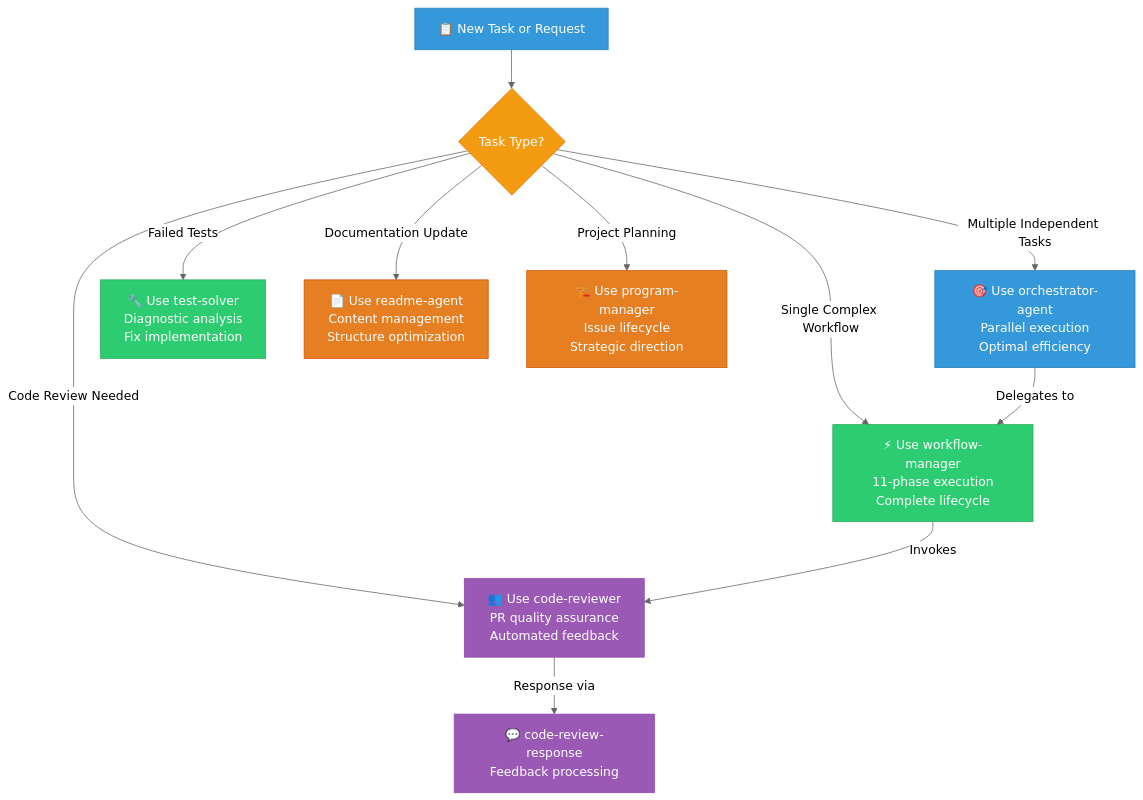
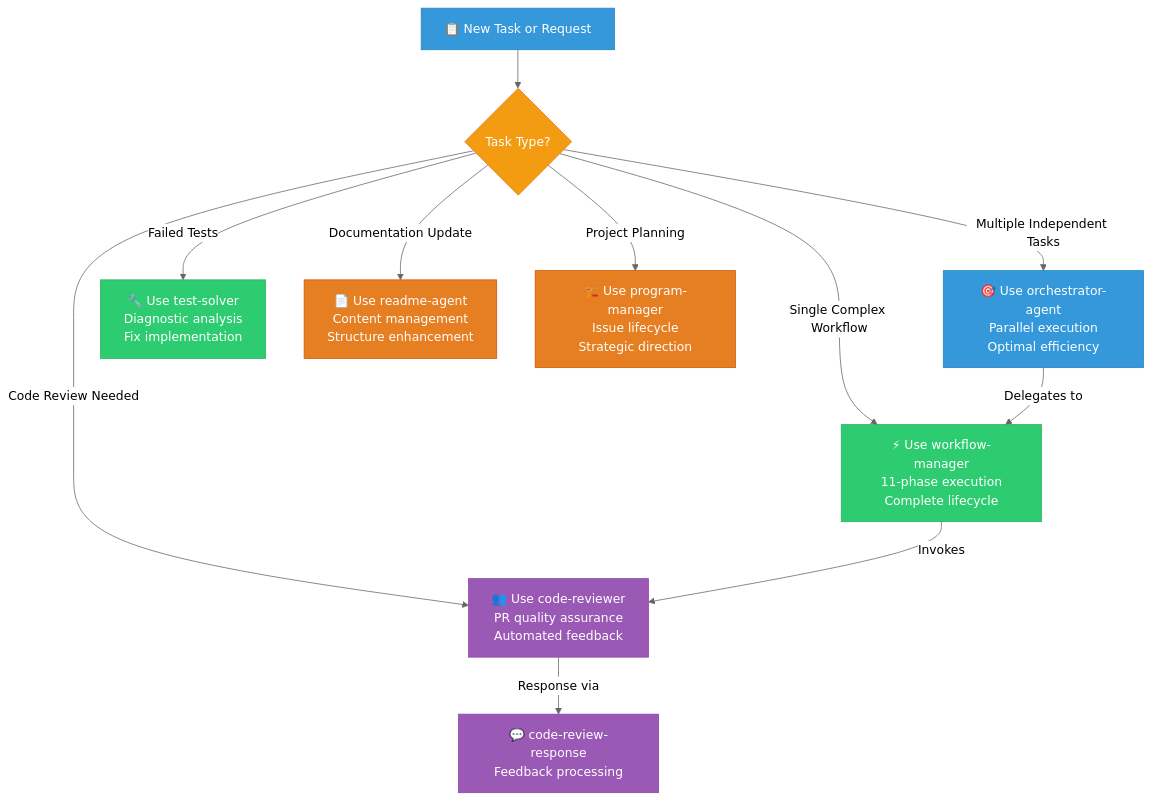
One commit to rysweet/gadugi changed the third of 3 diagrams in README.md. Above: the diagram before and after it, drawn with Mermaid (neutral theme). The commit also changed other lines of this file, not shown here.

````diff
--- a/README.md
+++ b/README.md
@@ -485,36 +485,36 @@
 ```mermaid
 flowchart TD
     Task[📋 New Task or Request] --> TaskType{Task Type?}
 
     TaskType -->|Multiple Independent Tasks| Orchestrator[🎯 Use orchestrator-agent<br/>Parallel execution<br/>Optimal efficiency]
 
     TaskType -->|Single Complex Workflow| WorkflowMgr[⚡ Use workflow-manager<br/>11-phase execution<br/>Complete lifecycle]
 
     TaskType -->|Code Review Needed| CodeReview[👥 Use code-reviewer<br/>PR quality assurance<br/>Automated feedback]
 
     TaskType -->|Failed Tests| TestSolver[🔧 Use test-solver<br/>Diagnostic analysis<br/>Fix implementation]
 
-    TaskType -->|Documentation Update| ReadmeAgent[📄 Use readme-agent<br/>Content management<br/>Structure optimization]
+    TaskType -->|Documentation Update| ReadmeAgent[📄 Use readme-agent<br/>Content management<br/>Structure enhancement]
 
     TaskType -->|Project Planning| ProgramMgr[🏗️ Use program-manager<br/>Issue lifecycle<br/>Strategic direction]
 
     %% Detailed workflows
     Orchestrator --> |Delegates to| WorkflowMgr
     WorkflowMgr --> |Invokes| CodeReview
     CodeReview --> |Response via| ReviewResponse[💬 code-review-response<br/>Feedback processing]
 
     %% Styling
     classDef start fill:#3498db,stroke:#2980b9,color:#fff
     classDef decision fill:#f39c12,stroke:#e67e22,color:#fff
     classDef orchestration fill:#3498db,stroke:#2980b9,color:#fff
     classDef implementation fill:#2ecc71,stroke:#27ae60,color:#fff
     classDef review fill:#9b59b6,stroke:#8e44ad,color:#fff
     classDef maintenance fill:#e67e22,stroke:#d35400,color:#fff
 
     class Task start
     class TaskType decision
     class Orchestrator orchestration
     class WorkflowMgr,TestSolver implementation
     class CodeReview,ReviewResponse review
     class ReadmeAgent,ProgramMgr maintenance
 ```
````
